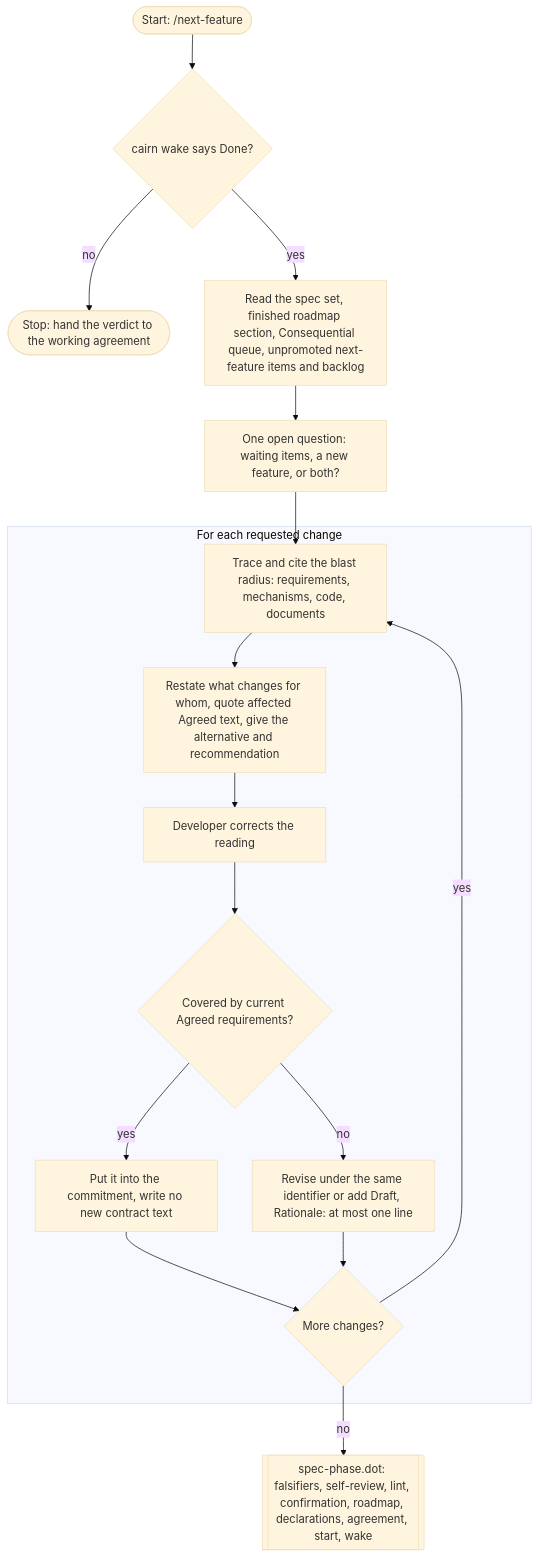
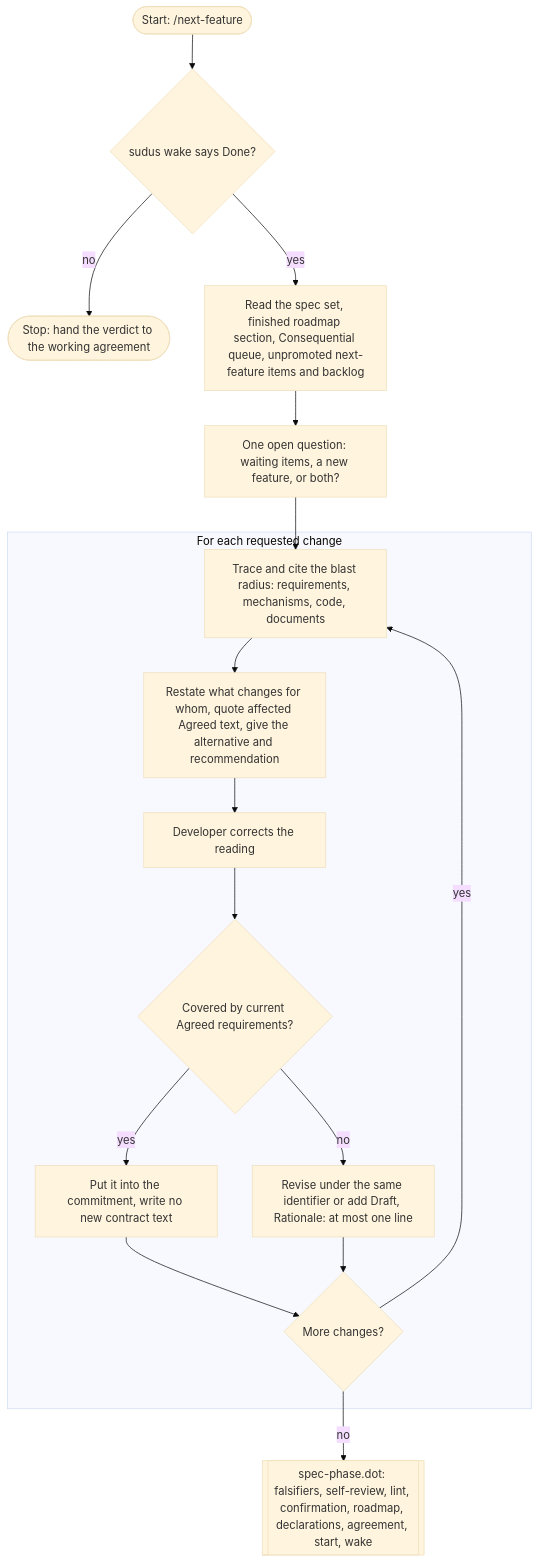
Before and after one commit to eas4ai/cairn: the fifth of 6 diagrams in docs/manual.md, drawn with Mermaid (base theme). The commit also changed other lines of this file and 103 other files, not shown here.

First line of the commit message:
Rename Cairn to Sudus across the command, plugins, skills, spec, docs and tests

````diff
--- a/docs/manual.md
+++ b/docs/manual.md
@@ -559,35 +559,35 @@
 ```mermaid
 flowchart TB
   start(["Start: /next-feature"])
-  isdone{"cairn wake says Done?"}
+  isdone{"sudus wake says Done?"}
   notdone(["Stop: hand the verdict to the working agreement"])
   read["Read the spec set, finished roadmap section, Consequential queue, unpromoted next-feature items and backlog"]
   ask["One open question: waiting items, a new feature, or both?"]
 
   subgraph change["For each requested change"]
     radius["Trace and cite the blast radius: requirements, mechanisms, code, documents"]
     restate["Restate what changes for whom, quote affected Agreed text, give the alternative and recommendation"]
     corrects["Developer corrects the reading"]
     fits{"Covered by current Agreed requirements?"}
     covered["Put it into the commitment, write no new contract text"]
     revise["Revise under the same identifier or add Draft, Rationale: at most one line"]
     next{"More changes?"}
   end
 
   tail[["spec-phase.dot: falsifiers, self-review, lint, confirmation, roadmap, declarations, agreement, start, wake"]]
 
   start --> isdone
   isdone -->|"no"| notdone
   isdone -->|"yes"| read
   read --> ask
   ask --> radius
   radius --> restate
   restate --> corrects
   corrects --> fits
   fits -->|"yes"| covered
   fits -->|"no"| revise
   covered --> next
   revise --> next
   next -->|"yes"| radius
   next -->|"no"| tail
 ```
````
